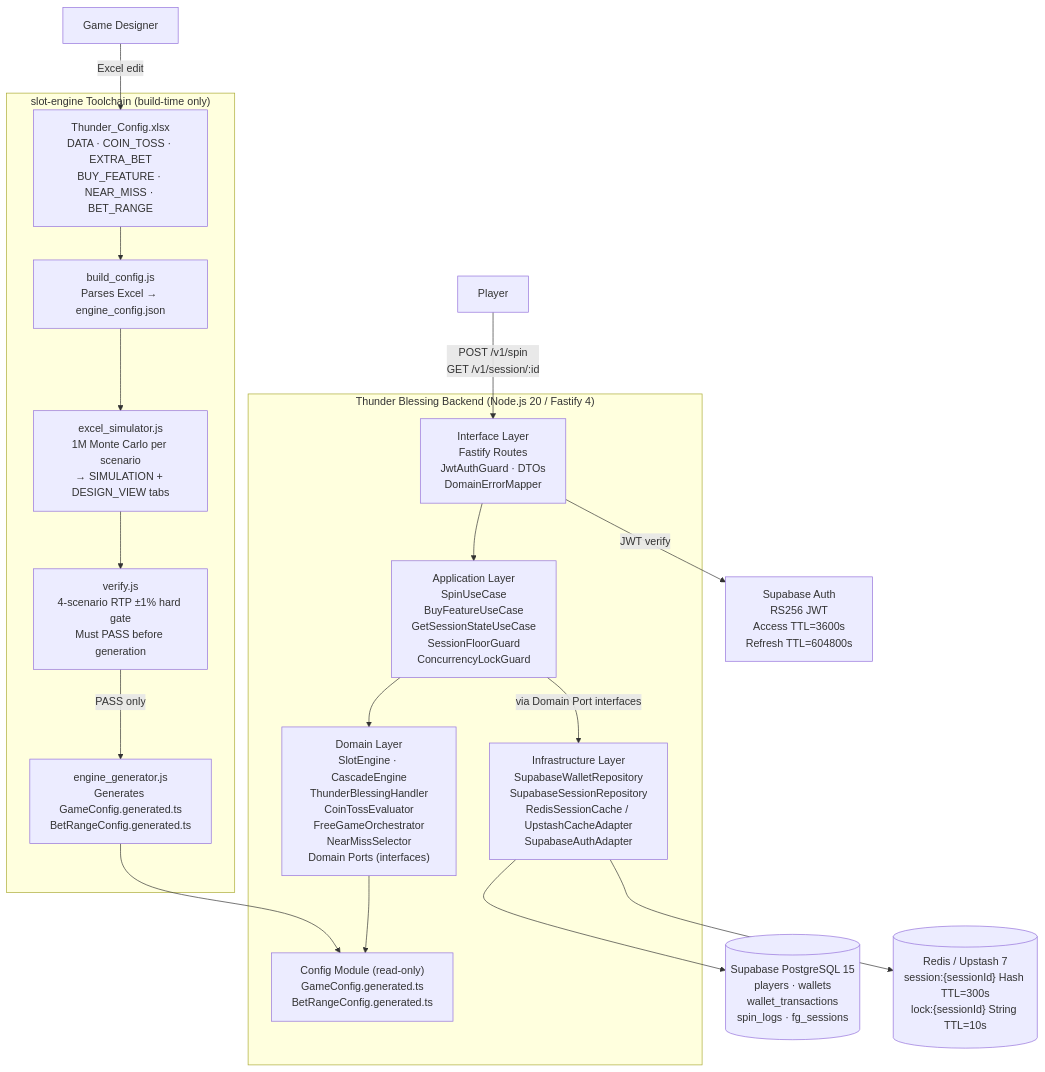
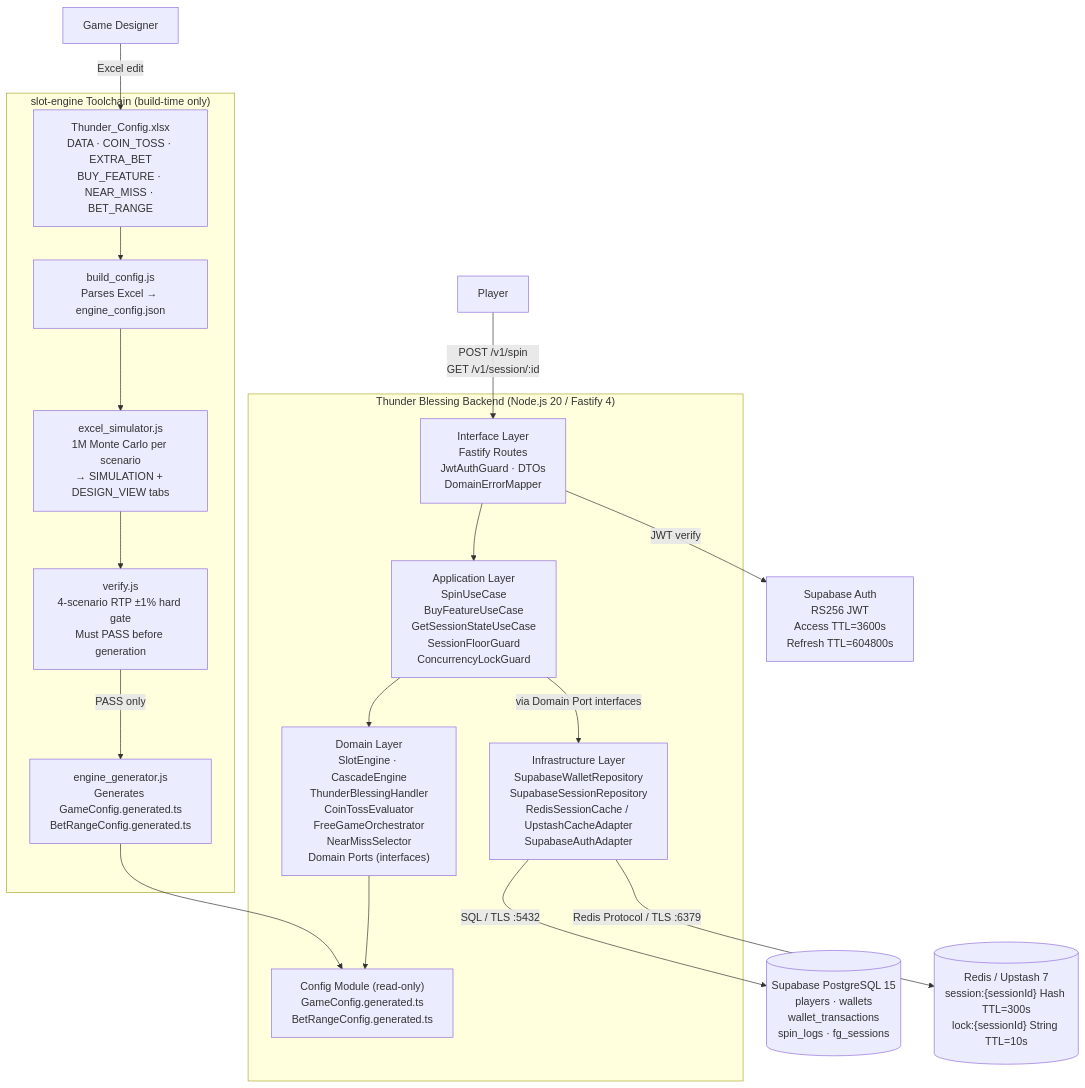
Before and after one commit to ibalasite/slot: the second of 7 diagrams in docs/ARCH.md, drawn with Mermaid. The commit also changed other lines of this file, not shown here.

````diff
--- a/docs/ARCH.md
+++ b/docs/ARCH.md
@@ -370,40 +375,40 @@
 ```mermaid
 graph TD
     Player["Player"]
     Operator["Game Designer"]
 
     subgraph Backend["Thunder Blessing Backend (Node.js 20 / Fastify 4)"]
         API["Interface Layer\nFastify Routes\nJwtAuthGuard · DTOs\nDomainErrorMapper"]
         APP["Application Layer\nSpinUseCase\nBuyFeatureUseCase\nGetSessionStateUseCase\nSessionFloorGuard\nConcurrencyLockGuard"]
         DOMAIN["Domain Layer\nSlotEngine · CascadeEngine\nThunderBlessingHandler\nCoinTossEvaluator\nFreeGameOrchestrator\nNearMissSelector\nDomain Ports (interfaces)"]
         INFRA["Infrastructure Layer\nSupabaseWalletRepository\nSupabaseSessionRepository\nRedisSessionCache / UpstashCacheAdapter\nSupabaseAuthAdapter"]
         CONFIG["Config Module (read-only)\nGameConfig.generated.ts\nBetRangeConfig.generated.ts"]
     end
 
     subgraph Toolchain["slot-engine Toolchain (build-time only)"]
         XLSX["Thunder_Config.xlsx\nDATA · COIN_TOSS · EXTRA_BET\nBUY_FEATURE · NEAR_MISS · BET_RANGE"]
         BUILD["build_config.js\nParses Excel → engine_config.json"]
         SIM["excel_simulator.js\n1M Monte Carlo per scenario\n→ SIMULATION + DESIGN_VIEW tabs"]
         VERIFY["verify.js\n4-scenario RTP ±1% hard gate\nMust PASS before generation"]
         GEN["engine_generator.js\nGenerates GameConfig.generated.ts\nBetRangeConfig.generated.ts"]
     end
 
     SupaDB[("Supabase PostgreSQL 15\nplayers · wallets\nwallet_transactions\nspin_logs · fg_sessions")]
     RedisDB[("Redis / Upstash 7\nsession:{sessionId} Hash TTL=300s\nlock:{sessionId} String TTL=10s")]
     SupaAuth["Supabase Auth\nRS256 JWT\nAccess TTL=3600s\nRefresh TTL=604800s"]
 
     Player -->|"POST /v1/spin\nGET /v1/session/:id"| API
     Operator -->|"Excel edit"| XLSX
     API --> APP
     APP --> DOMAIN
     APP -->|"via Domain Port interfaces"| INFRA
     DOMAIN --> CONFIG
-    INFRA --> SupaDB
-    INFRA --> RedisDB
+    INFRA -->|"SQL / TLS :5432"| SupaDB
+    INFRA -->|"Redis Protocol / TLS :6379"| RedisDB
     API -->|"JWT verify"| SupaAuth
     XLSX --> BUILD
     BUILD --> SIM
     SIM --> VERIFY
     VERIFY -->|"PASS only"| GEN
     GEN --> CONFIG
 ```
````
